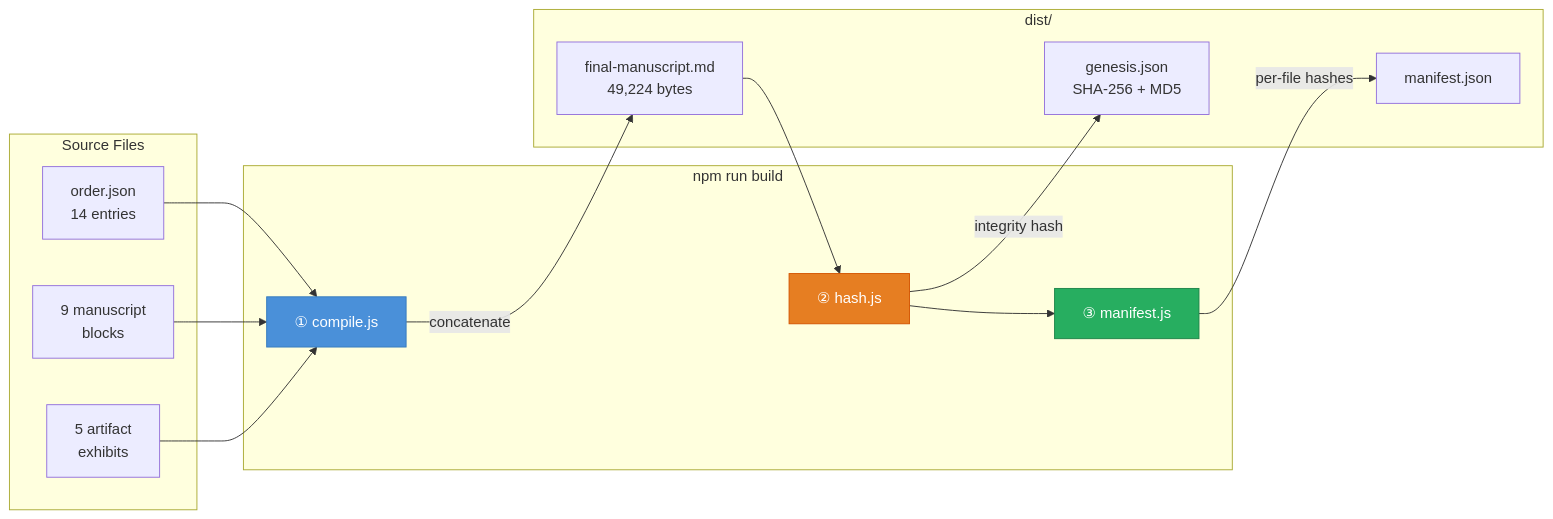
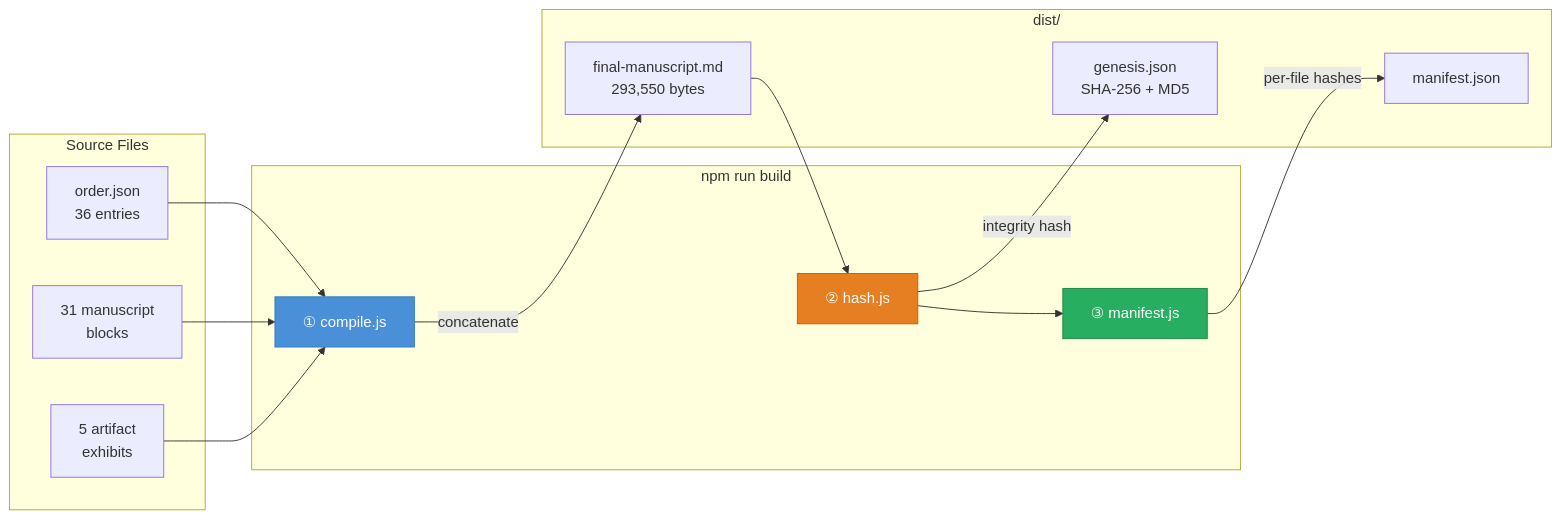
Before and after one commit to FTHTrading/2500-donkeys: the fourth of 10 diagrams in README.md, drawn with Mermaid. The commit also changed other lines of this file and 3 other files, not shown here.

````diff
--- a/README.md
+++ b/README.md
@@ -258,33 +303,33 @@
 ```mermaid
 flowchart LR
     subgraph INPUT ["Source Files"]
-        O["order.json\n14 entries"]
-        B["9 manuscript\nblocks"]
+        O["order.json\n36 entries"]
+        B["31 manuscript\nblocks"]
         A["5 artifact\nexhibits"]
     end
 
     subgraph PIPELINE ["npm run build"]
         S1["① compile.js"]
         S2["② hash.js"]
         S3["③ manifest.js"]
     end
 
     subgraph OUTPUT ["dist/"]
-        FM["final-manuscript.md\n49,224 bytes"]
+        FM["final-manuscript.md\n293,550 bytes"]
         MN["manifest.json"]
         GJ["genesis.json\nSHA-256 + MD5"]
     end
 
     O --> S1
     B --> S1
     A --> S1
     S1 -->|concatenate| FM
     FM --> S2
     S2 -->|integrity hash| GJ
     S2 --> S3
     S3 -->|per-file hashes| MN
 
     style S1 fill:#4a90d9,stroke:#357abd,color:#fff
     style S2 fill:#e67e22,stroke:#d35400,color:#fff
     style S3 fill:#27ae60,stroke:#1e8449,color:#fff
 ```
````
